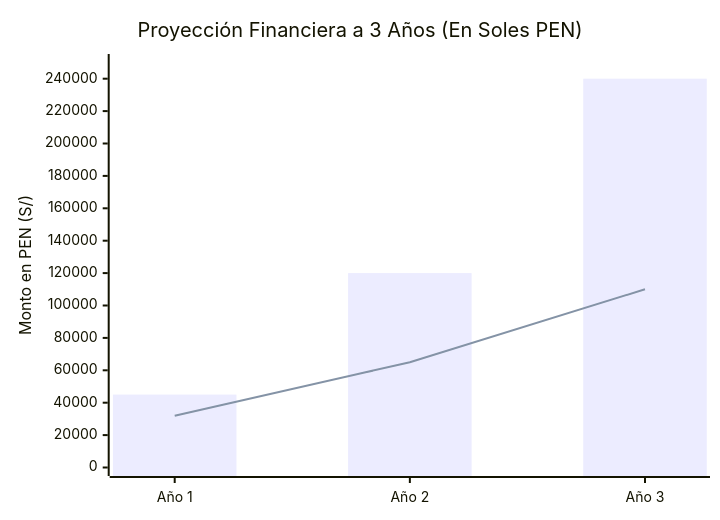
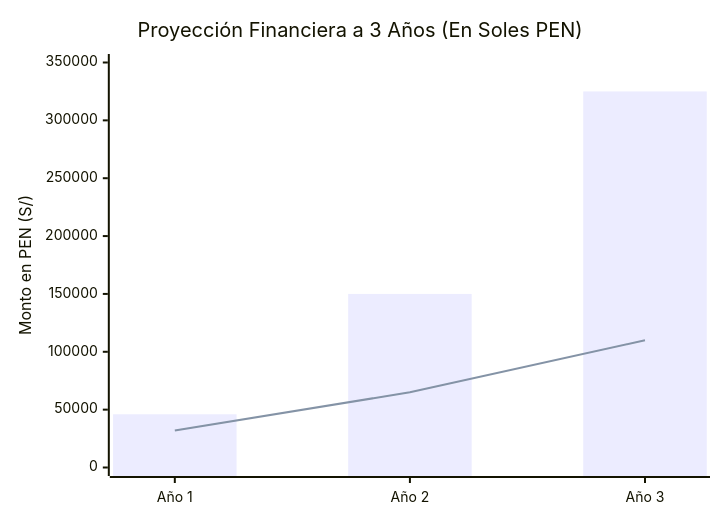
Before and after one commit to jojiz29/sportmatch-connect: the fifth of 9 diagrams in TESIS_FINAL_SPORTMATCH_ES.md, drawn with Mermaid. The commit also changed other lines of this file and 11 other files, not shown here.

````diff
--- a/TESIS_FINAL_SPORTMATCH_ES.md
+++ b/TESIS_FINAL_SPORTMATCH_ES.md
@@ -282,8 +415,8 @@
 ```mermaid
 xychart-beta
     title "Proyección Financiera a 3 Años (En Soles PEN)"
     x-axis ["Año 1", "Año 2", "Año 3"]
-    y-axis "Monto en PEN (S/)" 0 --> 250000
-    bar [45000, 120000, 240000]
+    y-axis "Monto en PEN (S/)" 0 --> 350000
+    bar [46000, 150000, 325000]
     line [32000, 65000, 110000]
 ```
````
